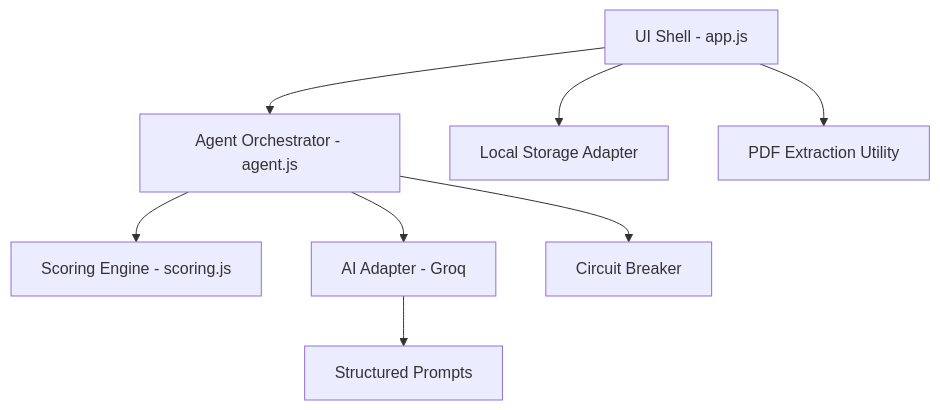
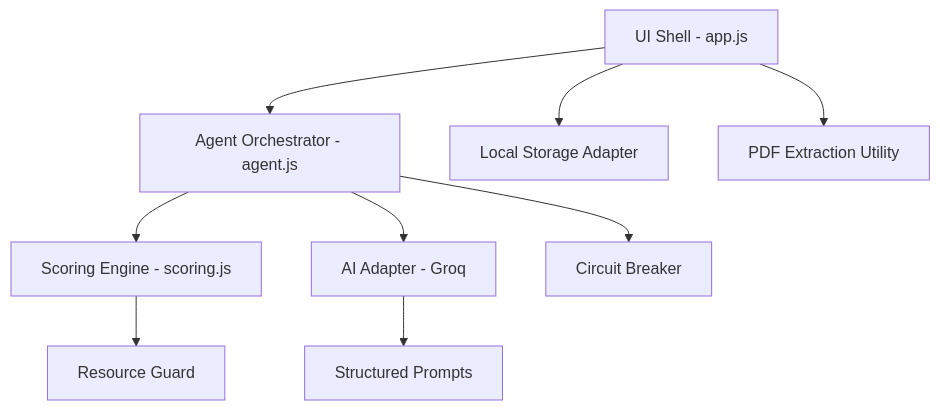
The diagram in README.md (r4huldeveloper/skill_pilot), drawn with Mermaid before and after one commit. The commit also changed other lines of this file, not shown here.

````diff
--- a/README.md
+++ b/README.md
@@ -25,10 +56,11 @@
 ```mermaid
 graph TD
     A[UI Shell - app.js] --> B[Agent Orchestrator - agent.js]
     B --> C[Scoring Engine - scoring.js]
     B --> D[AI Adapter - Groq]
     D --> E[Structured Prompts]
     A --> F[Local Storage Adapter]
     A --> G[PDF Extraction Utility]
     B --> H[Circuit Breaker]
+    C --> I[Resource Guard]
 ```
````
